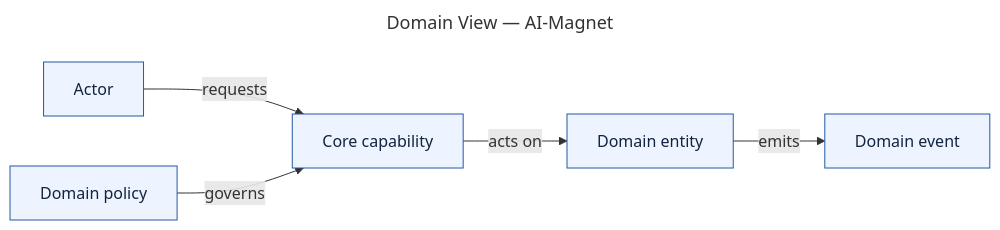
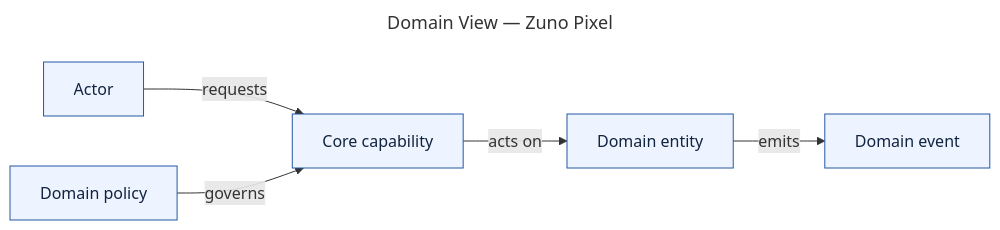
The diagram in planning/architecture/diagrams/domain.mmd (Tauhid-dev/Brand-website), drawn with Mermaid before and after one commit. The commit also changed 73 other files, not shown here.

Commit message:
feat(brand): complete Zuno Pixel phase 1

```diff
--- a/planning/architecture/diagrams/domain.mmd
+++ b/planning/architecture/diagrams/domain.mmd
@@ -1,15 +1,15 @@
 ---
-title: "Domain View — AI-Magnet"
+title: "Domain View — Zuno Pixel"
 ---
 flowchart LR
     actor["Actor"]
     capability["Core capability"]
     entity["Domain entity"]
     policy["Domain policy"]
     event["Domain event"]
     actor -->|"requests"| capability
     capability -->|"acts on"| entity
     policy -->|"governs"| capability
     entity -->|"emits"| event
     classDef genesis fill:#eef4ff,stroke:#2457a6,color:#10233f
     class actor,capability,entity,policy,event genesis
```
